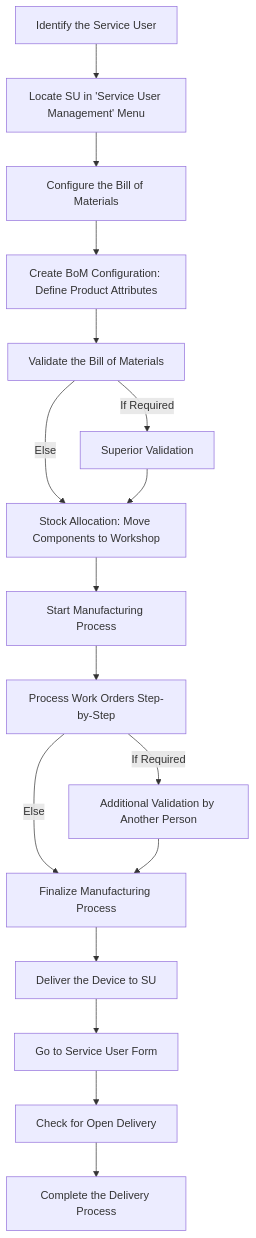
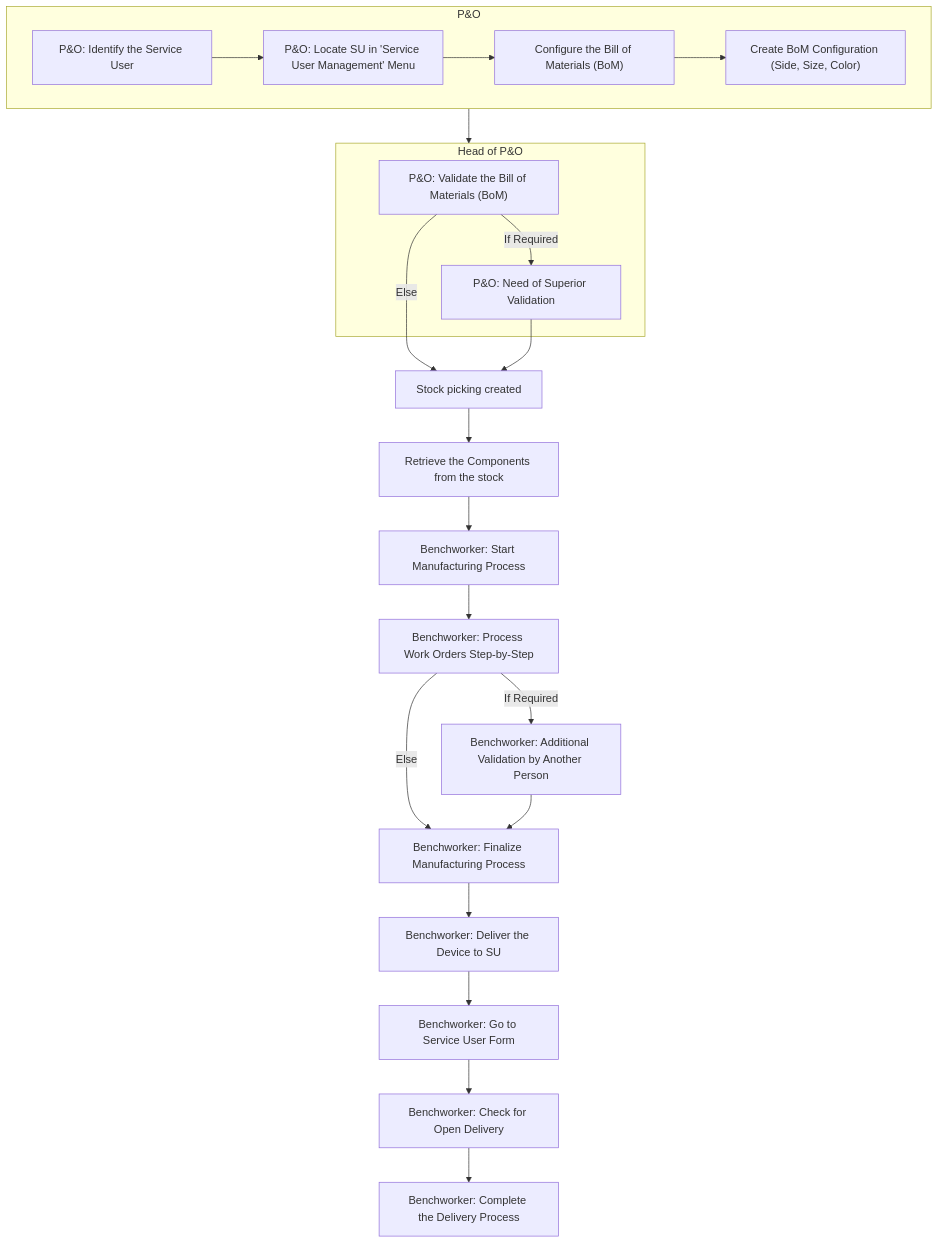
One commit to icrc/digitalhealth-docs changed the diagram in digital-center-management-system-v2/odoo/materials-request-mrp/README.md. Above: the diagram before and after it, drawn with Mermaid. The commit also changed 1 other file, not shown here.

Commit message:
GITBOOK-47: Playing with Mermaid graph

````diff
--- a/digital-center-management-system-v2/odoo/materials-request-mrp/README.md
+++ b/digital-center-management-system-v2/odoo/materials-request-mrp/README.md
@@ -60,20 +60,31 @@
 ```mermaid
-graph TB;
-    A[Identify the Service User] --> B[Locate SU in 'Service User Management' Menu];
-    B --> C[Configure the Bill of Materials];
-    C --> D[Create BoM Configuration: Define Product Attributes];
-    D --> E[Validate the Bill of Materials ];
-    E -->|If Required| F[Superior Validation];
-    E -->|Else| G[Proceed to Stock Allocation];
+---
+config:
+  theme: mc
+look: neo
+---
+graph TD;
+    subgraph user1 ["P&O"]
+    A["P&O: Identify the Service User"] --> B["P&O: Locate SU in 'Service User Management' Menu"];
+    B --> C["Configure the Bill of Materials (BoM)"];
+    C --> D["Create BoM Configuration (Side, Size, Color)"];
+    end 
+    subgraph user2 ["Head of P&O"]
+    E["P&O: Validate the Bill of Materials (BoM)"];
+    E -->|If Required| F["P&O: Need of Superior Validation"];
+    end
+    user1 --> user2
+    
+    E -->|Else| G["Stock picking created"];
     F --> G;
-    G[Stock Allocation: Move Components to Workshop] --> H[Start Manufacturing Process];
-    H --> I[Process Work Orders Step-by-Step];
-    I -->|If Required| J[Additional Validation by Another Person];
-    I -->|Else| K[Complete Manufacturing Order];
+    G --> G2["Retrieve the Components from the stock"]
+    G2 --> H["Benchworker: Start Manufacturing Process"];
+    H --> I["Benchworker: Process Work Orders Step-by-Step"];
+    I -->|If Required| J["Benchworker: Additional Validation by Another Person"];
+    I -->|Else| K["Benchworker: Complete Manufacturing Order"];
     J --> K;
-    K[Finalize Manufacturing Process] --> L[Deliver the Device to SU];
-    L --> M[Go to Service User Form];
-    M --> N[Check for Open Delivery];
-    N --> O[Complete the Delivery Process];
-
+    K["Benchworker: Finalize Manufacturing Process"] --> L["Benchworker: Deliver the Device to SU"];
+    L --> M["Benchworker: Go to Service User Form"];
+    M --> N["Benchworker: Check for Open Delivery"];
+    N --> O["Benchworker: Complete the Delivery Process"];
 ```
````
